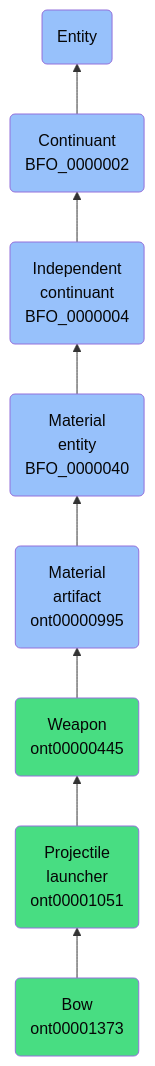
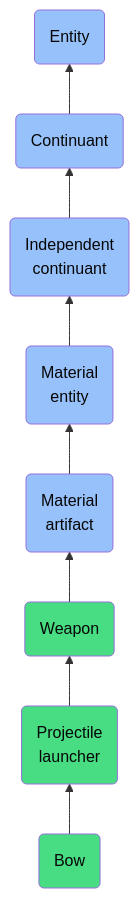
Before and after one commit to jupyter-naas/abi: the diagram in docs/ontology/reference/model/Entity/Continuant/Independent continuant/Material entity/Material artifact/Weapon/Projectile launcher/Bow/Bow.md, drawn with Mermaid. The commit also changed other lines of this file and 1430 other files, not shown here.

````diff
--- a/docs/ontology/reference/model/Entity/Continuant/Independent continuant/Material entity/Material artifact/Weapon/Projectile launcher/Bow/Bow.md
+++ b/docs/ontology/reference/model/Entity/Continuant/Independent continuant/Material entity/Material artifact/Weapon/Projectile launcher/Bow/Bow.md
@@ -24,15 +24,15 @@
 ```mermaid
 graph BT
-    ont00001373(Bow<br>ont00001373):::ABI-->ont00001051
-    ont00001051(Projectile<br>launcher<br>ont00001051):::ABI-->ont00000445
-    ont00000445(Weapon<br>ont00000445):::ABI-->ont00000995
-    ont00000995(Material<br>artifact<br>ont00000995):::BFO-->BFO_0000040
-    BFO_0000040(Material<br>entity<br>BFO_0000040):::BFO-->BFO_0000004
-    BFO_0000004(Independent<br>continuant<br>BFO_0000004):::BFO-->BFO_0000002
-    BFO_0000002(Continuant<br>BFO_0000002):::BFO-->BFO_0000001
+    ont00001373(Bow):::ABI-->ont00001051
+    ont00001051(Projectile<br>launcher):::ABI-->ont00000445
+    ont00000445(Weapon):::ABI-->ont00000995
+    ont00000995(Material<br>artifact):::BFO-->BFO_0000040
+    BFO_0000040(Material<br>entity):::BFO-->BFO_0000004
+    BFO_0000004(Independent<br>continuant):::BFO-->BFO_0000002
+    BFO_0000002(Continuant):::BFO-->BFO_0000001
     BFO_0000001(Entity):::BFO
     
     classDef BFO fill:#97c1fb,color:#060606
     classDef CCO fill:#e4c51e,color:#060606
     classDef ABI fill:#48DD82,color:#060606
 ```
````
